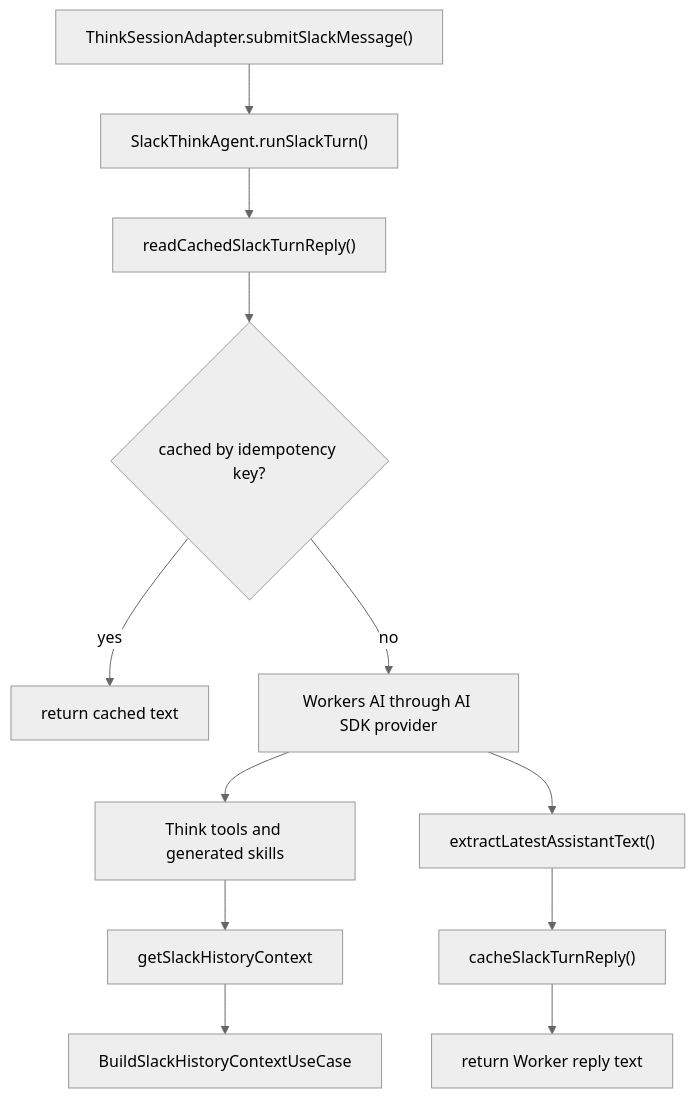
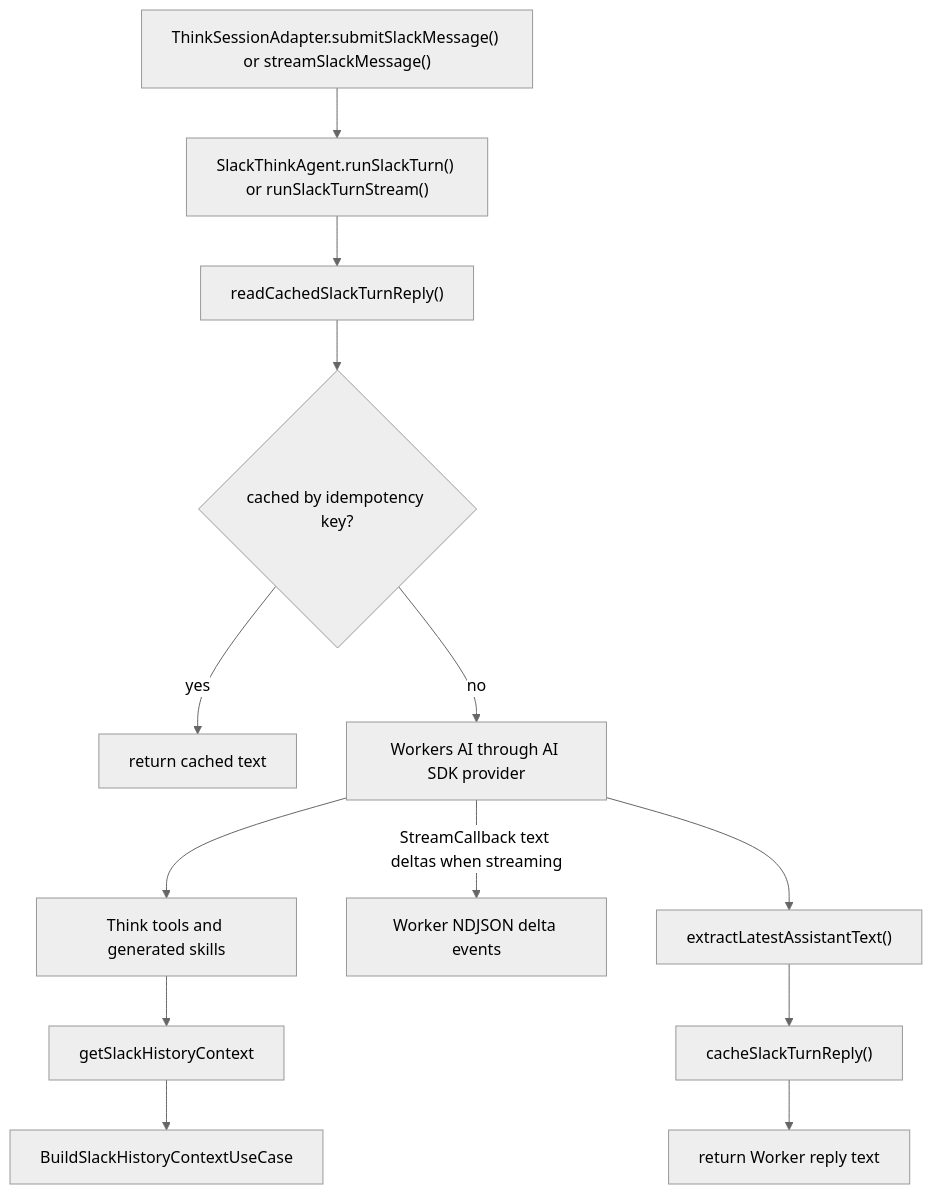
The fourth of 5 diagrams in README.md (GorobVictor/slack-ai-agent-v3), drawn with Mermaid (neutral theme) before and after one commit. The commit also changed other lines of this file and 1 other file, not shown here.

First line of the commit message:
ref: document Slack streaming replies

````diff
--- a/README.md
+++ b/README.md
@@ -272,14 +278,15 @@
 ```mermaid
 flowchart TD
-  adapter["ThinkSessionAdapter.submitSlackMessage()"] --> agent["SlackThinkAgent.runSlackTurn()"]
+  adapter["ThinkSessionAdapter.submitSlackMessage() or streamSlackMessage()"] --> agent["SlackThinkAgent.runSlackTurn() or runSlackTurnStream()"]
   agent --> cachedReply["readCachedSlackTurnReply()"]
   cachedReply --> cached{"cached by idempotency key?"}
   cached -->|"yes"| returnCached["return cached text"]
   cached -->|"no"| model["Workers AI through AI SDK provider"]
   model --> tools["Think tools and generated skills"]
   tools --> historyTool["getSlackHistoryContext"]
   historyTool --> historyUseCase["BuildSlackHistoryContextUseCase"]
+  model -->|"StreamCallback text deltas when streaming"| streamDelta["Worker NDJSON delta events"]
   model --> assistantText["extractLatestAssistantText()"]
   assistantText --> cache["cacheSlackTurnReply()"]
   cache --> result["return Worker reply text"]
 ```
````
